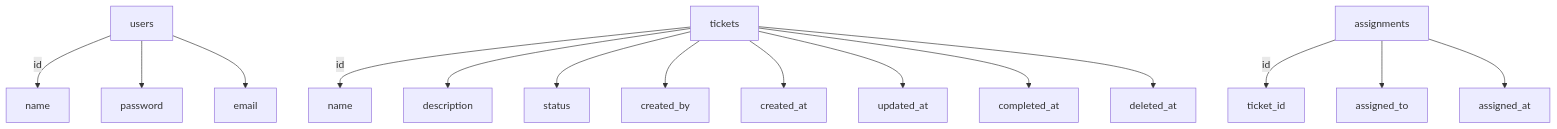
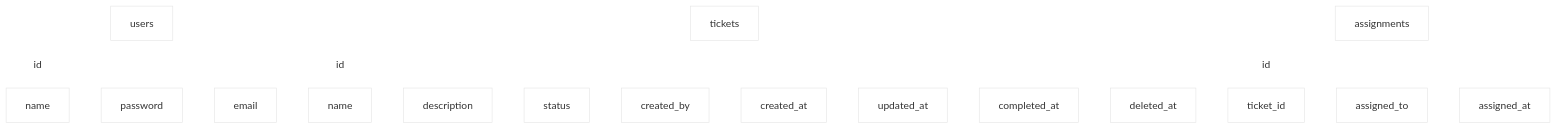
One commit to AryanBangwal/CRM---Tickets-Module changed the diagram in database-layout.mermaid. Above: the diagram before and after it, drawn with Mermaid.

Commit message:
made the layout brighter

```diff
--- a/database-layout.mermaid
+++ b/database-layout.mermaid
@@ -1,17 +1,18 @@
+%%{init: {'theme': 'base', 'themeVariables': {'primaryColor': '#ffffff', 'edgeLabelBackground': '#ffffff', 'lineColor': '#ffffff'}}}%%
 flowchart TD
     A["users"] -->|id| A1["name"]
     A --> A2["password"]
     A --> A3["email"]
     
     B["tickets"] -->|id| B1["name"]
     B --> B2["description"]
     B --> B3["status"]
     B --> B4["created_by"]
     B --> B5["created_at"]
     B --> B6["updated_at"]
     B --> B7["completed_at"]
     B --> B8["deleted_at"]
     
     C["assignments"] -->|id| C1["ticket_id"]
     C --> C2["assigned_to"]
     C --> C3["assigned_at"]
```
